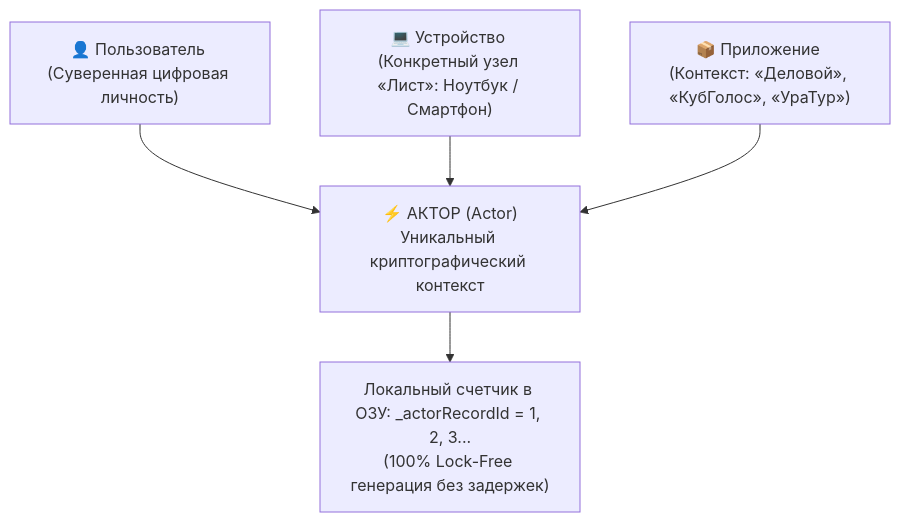
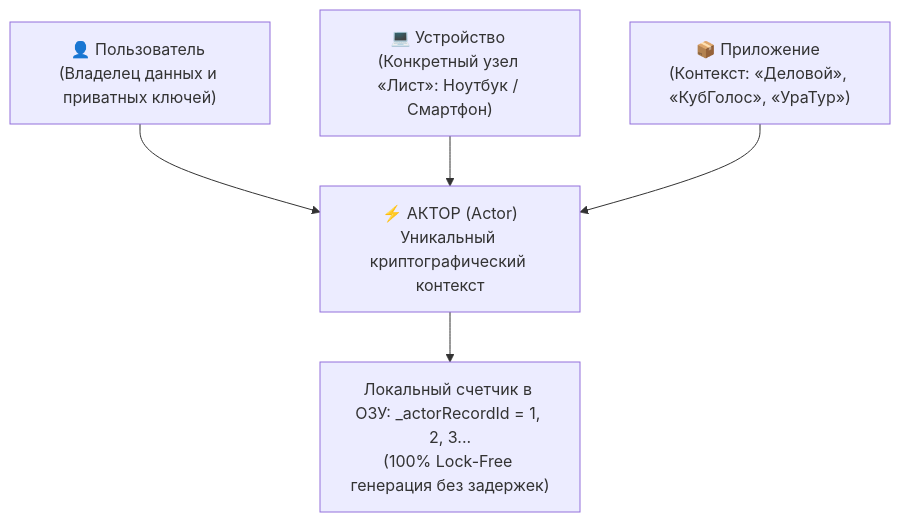
One commit to Data-Independence-Network/presentations changed the fourth of 11 diagrams in architecture_presentations/02_leaf_storage_engine/docs/presentation_deck.md. Above: the diagram before and after it, drawn with Mermaid. The commit also changed other lines of this file and 81 other files, not shown here.

```diff
--- a/architecture_presentations/02_leaf_storage_engine/docs/presentation_deck.md
+++ b/architecture_presentations/02_leaf_storage_engine/docs/presentation_deck.md
@@ -274,12 +274,12 @@
         <div class="mermaid">
 graph TD
-    User["👤 Пользователь (Суверенная цифровая личность)"]
+    User["👤 Пользователь (Владелец данных и приватных ключей)"]
     Device["💻 Устройство (Конкретный узел «Лист»: Ноутбук / Смартфон)"]
     App["📦 Приложение (Контекст: «Деловой», «КубГолос», «УраТур»)"]
 
     User --> Actor["⚡ АКТОР (Actor)<br/>Уникальный криптографический контекст"]
     Device --> Actor
     App --> Actor
 
     Actor --> Seq["Локальный счетчик в ОЗУ: _actorRecordId = 1, 2, 3...<br/>(100% Lock-Free генерация без задержек)"]
         </div>
```
